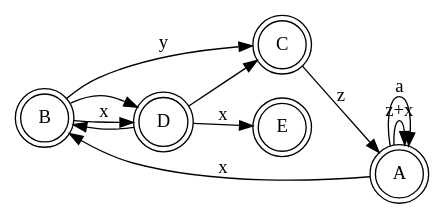
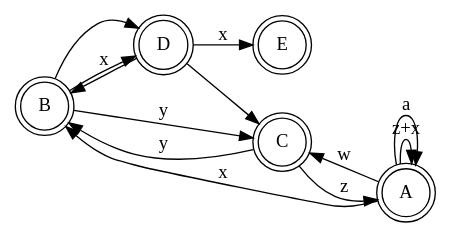
Before and after one commit to andrelago13/COMP: the diagram in examples vis/teste2.dot, drawn with Graphviz. The commit also changed 2 other files, not shown here.

```diff
--- a/examples vis/teste2.dot
+++ b/examples vis/teste2.dot
@@ -1,16 +1,18 @@
 digraph {
   rankdir=LR;
   node [shape = doublecircle,
   		peripheries = 2]; B C;
   node [shape = circle];
   START[label=A];
   START -> START[label="z+x"];
   START -> START[label=a];
   START -> B[label=x];
+  START -> C[label=w];
   B -> C[label=y];
+  C -> B[label=y];
   C -> START[label=z];
   B -> D;
   B -> D[label=x];
   D -> {B; C}
   D -> E[label=x];
 }
```
